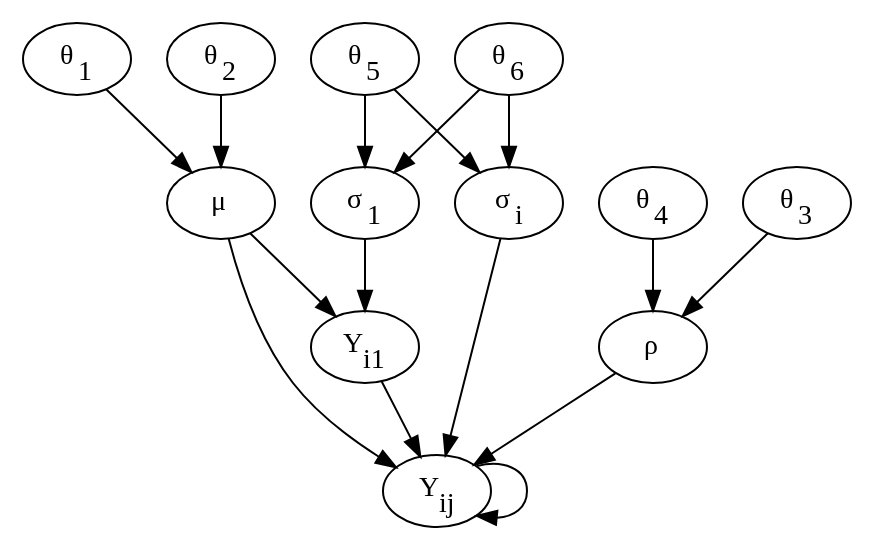
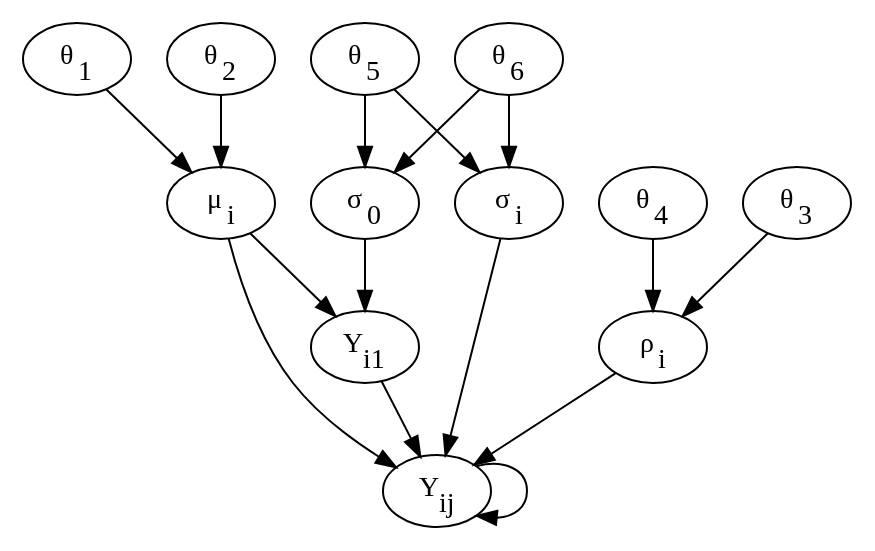
The diagram in assignments/hw8/solution/index.qmd (bgautijonsson/stae529m), drawn with Graphviz before and after one commit. The commit also changed other lines of this file and 31 other files, not shown here.

````diff
--- a/assignments/hw8/solution/index.qmd
+++ b/assignments/hw8/solution/index.qmd
@@ -66,31 +65,31 @@
 ```{dot}
 digraph boxes_and_circles {
 
-    # a 'graph' statement
-    graph [overlap = true, fontsize = 10]
+# a 'graph' statement
+graph [overlap = true, fontsize = 10]
 
-    theta1[label =<θ<sub>1</sub>>];
-    theta2[label =<θ<sub>2</sub>>]; 
-    theta3[label =<θ<sub>3</sub>>]; 
-    theta4[label =<θ<sub>4</sub>>]; 
-    theta5[label =<θ<sub>5</sub>>]; 
-    theta6[label =<θ<sub>6</sub>>]; 
-    mu[label = <μ>];
-    rho[label = <ρ>];
-    sigma1[label = <σ<sub>1</sub>>];
-    sigmai[label = <σ<sub>i</sub>>];
+theta1[label =<θ<sub>1</sub>>];
+theta2[label =<θ<sub>2</sub>>]; 
+theta3[label =<θ<sub>3</sub>>]; 
+theta4[label =<θ<sub>4</sub>>]; 
+theta5[label =<θ<sub>5</sub>>]; 
+theta6[label =<θ<sub>6</sub>>]; 
+mu[label = <μ<sub>i</sub>>];
+rho[label = <ρ<sub>i</sub>>];
+sigma1[label = <σ<sub>0</sub>>];
+sigmai[label = <σ<sub>i</sub>>];
 
-    Yi1[label = <Y<sub>i1</sub>>]
-    Yij[label = <Y<sub>ij</sub>>]
-    
-    # edge statements
-    theta1->mu theta2->mu
-    theta3->rho theta4-> rho
-    theta5->sigma1 theta6->sigma1
-    theta5->sigmai theta6->sigmai
-    
-    mu->Yi1 sigma1->Yi1
-    
-    mu->Yij sigmai->Yij rho->Yij Yij->Yij Yi1->Yij
+Yi1[label = <Y<sub>i1</sub>>]
+Yij[label = <Y<sub>ij</sub>>]
+
+# edge statements
+theta1->mu theta2->mu
+theta3->rho theta4-> rho
+theta5->sigma1 theta6->sigma1
+theta5->sigmai theta6->sigmai
+
+mu->Yi1 sigma1->Yi1
+
+mu->Yij sigmai->Yij rho->Yij Yij->Yij Yi1->Yij
 }
 ```
````
